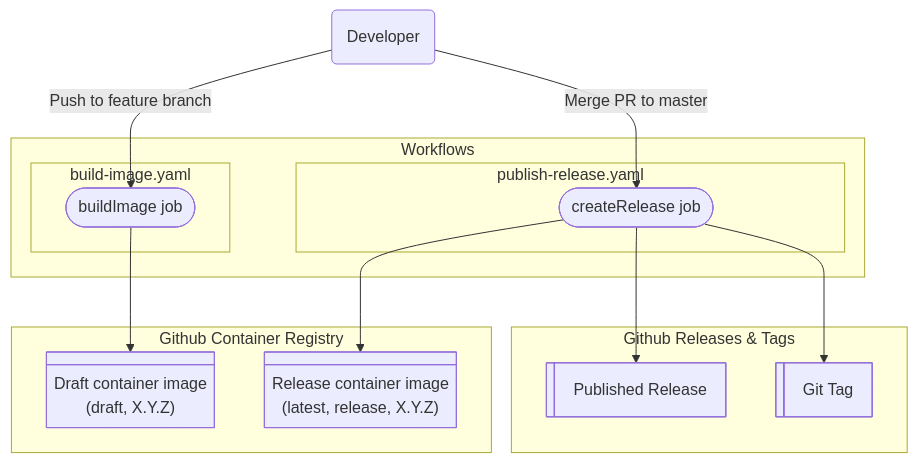
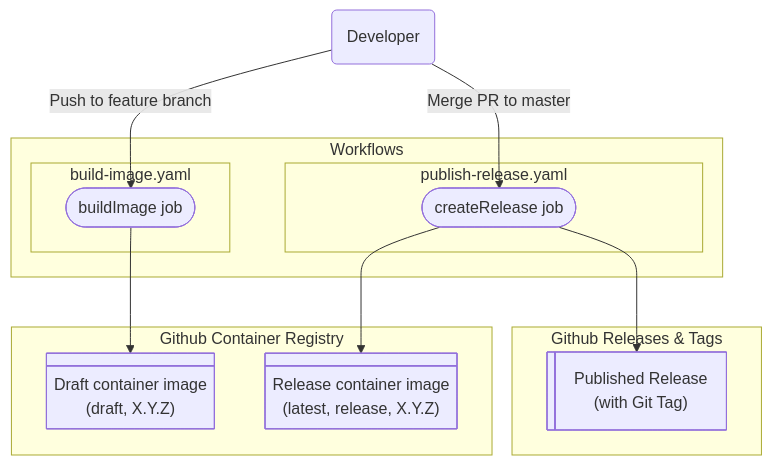
The diagram in .github/workflows/README.md (sapcc/concourse-netbox-resource), drawn with Mermaid before and after one commit. The commit also changed other lines of this file and 1 other file, not shown here.

Commit message:
git tag step removed from release workflow - the release action already maintains the tag - README updated to reflect the changes

````diff
--- a/.github/workflows/README.md
+++ b/.github/workflows/README.md
@@ -138,33 +135,31 @@
 ```mermaid
 flowchart TB
     subgraph "Workflows"
         subgraph A[build-image.yaml]
             D
         end
 
         subgraph B[publish-release.yaml]
             E
         end
     end
 
     subgraph "Github Container Registry"
         D --> CID
         E --> CIR
     end
 
     subgraph "Github Releases & Tags"
         E --> PR
-        E --> GT
     end
 
     U --Push to feature branch--> D
     U --Merge PR to master--> E
 
     D([buildImage job])
     E([createRelease job])
     U(Developer)
     CID@{ shape: div-rect, label: "Draft container image\n(draft, X.Y.Z)" }
     CIR@{ shape: div-rect, label: "Release container image\n(latest, release, X.Y.Z)" }
-    PR@{ shape: lin-rect, label: "Published Release" }
-    GT@{ shape: lin-rect, label: "Git Tag" }
+    PR@{ shape: lin-rect, label: "Published Release\n(with Git Tag)" }
 ```
````
